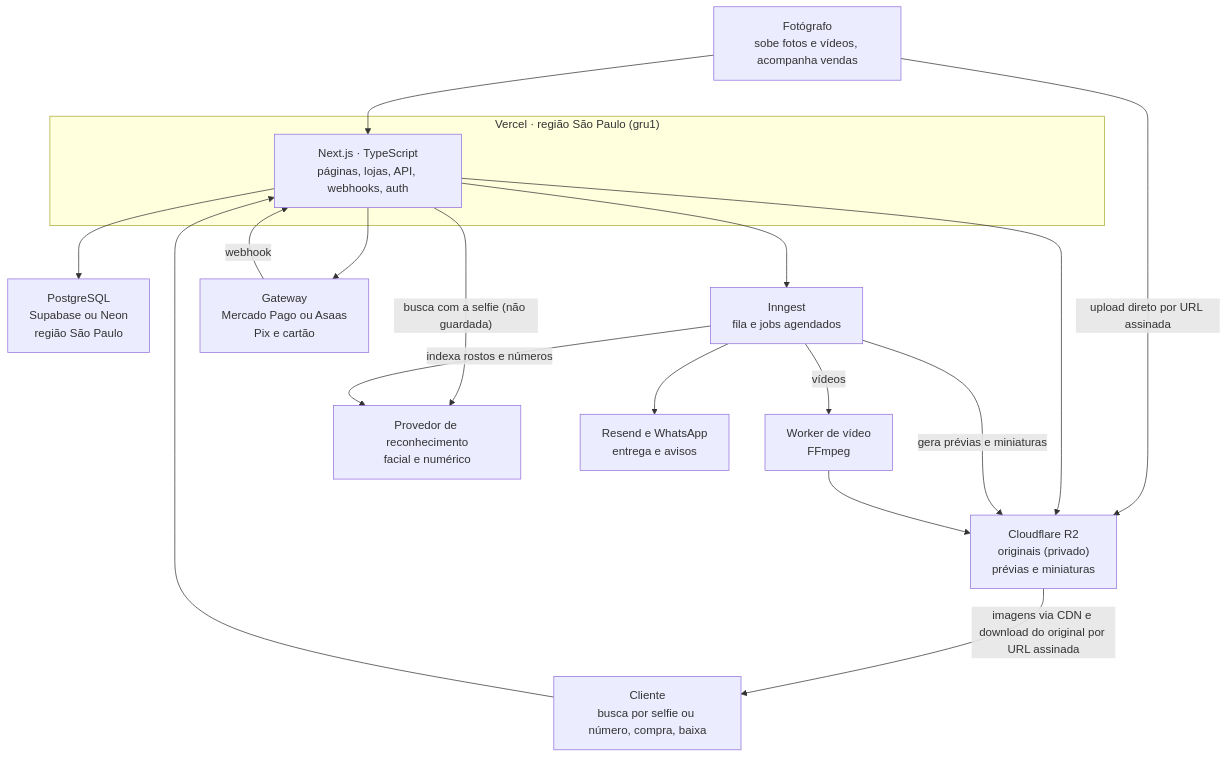
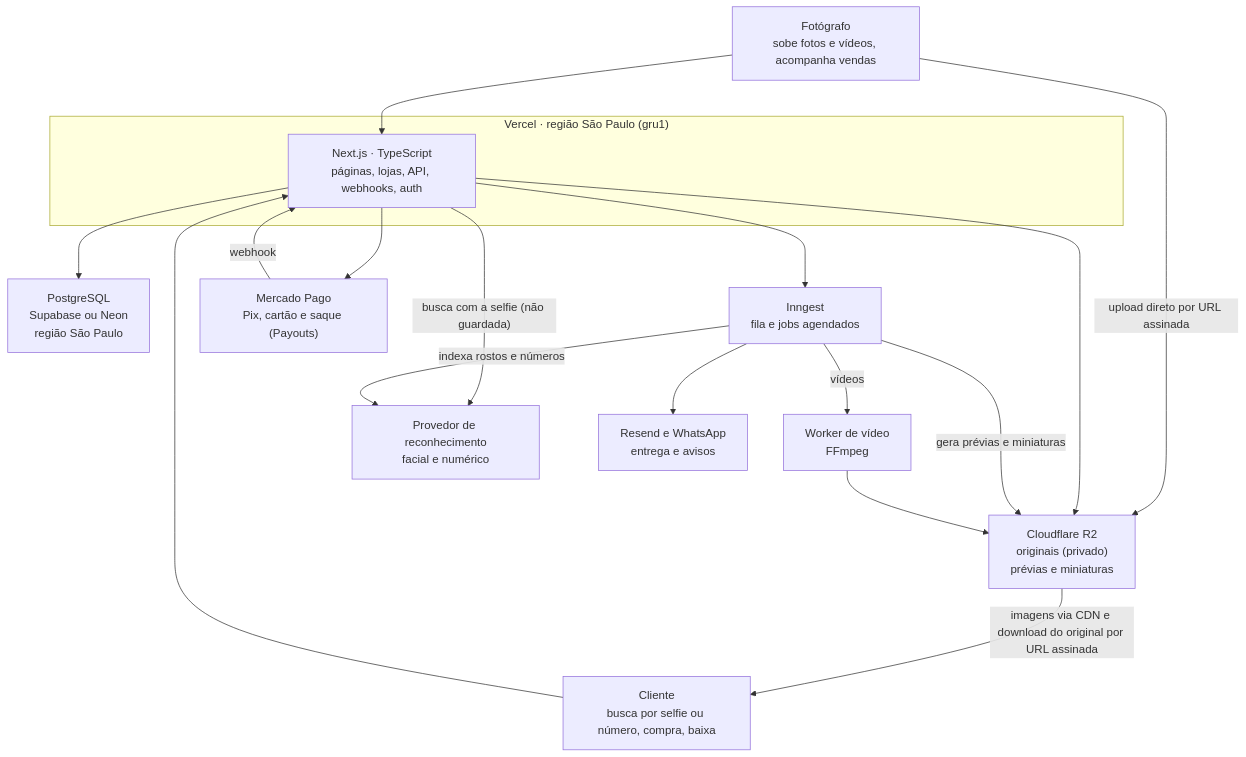
One commit to gamaral203/ClickAI changed the diagram in docs/arquitetura.md. Above: the diagram before and after it, drawn with Mermaid. The commit also changed other lines of this file and 29 other files, not shown here.

First line of the commit message:
feat(checkout): integra o Mercado Pago com Pix, cartão e saque do fotógrafo

````diff
--- a/docs/arquitetura.md
+++ b/docs/arquitetura.md
@@ -59,33 +59,33 @@
 ```mermaid
 flowchart TB
     F["Fotógrafo<br/>sobe fotos e vídeos, acompanha vendas"]
     C["Cliente<br/>busca por selfie ou número, compra, baixa"]
 
     subgraph V["Vercel · região São Paulo (gru1)"]
         N["Next.js · TypeScript<br/>páginas, lojas, API, webhooks, auth"]
     end
 
     R2["Cloudflare R2<br/>originais (privado)<br/>prévias e miniaturas"]
     DB["PostgreSQL<br/>Supabase ou Neon<br/>região São Paulo"]
     I["Inngest<br/>fila e jobs agendados"]
     W["Worker de vídeo<br/>FFmpeg"]
     RF["Provedor de reconhecimento<br/>facial e numérico"]
-    G["Gateway<br/>Mercado Pago ou Asaas<br/>Pix e cartão"]
+    G["Mercado Pago<br/>Pix, cartão e saque (Payouts)"]
     M["Resend e WhatsApp<br/>entrega e avisos"]
 
     F --> N
     F -- "upload direto por URL assinada" --> R2
     C --> N
     N --> R2
     N --> DB
     N --> I
     N -- "busca com a selfie (não guardada)" --> RF
     N --> G
     G -- webhook --> N
     I -- "gera prévias e miniaturas" --> R2
     I -- "vídeos" --> W
     W --> R2
     I -- "indexa rostos e números" --> RF
     I --> M
     R2 -- "imagens via CDN e download do original por URL assinada" --> C
 ```
````
